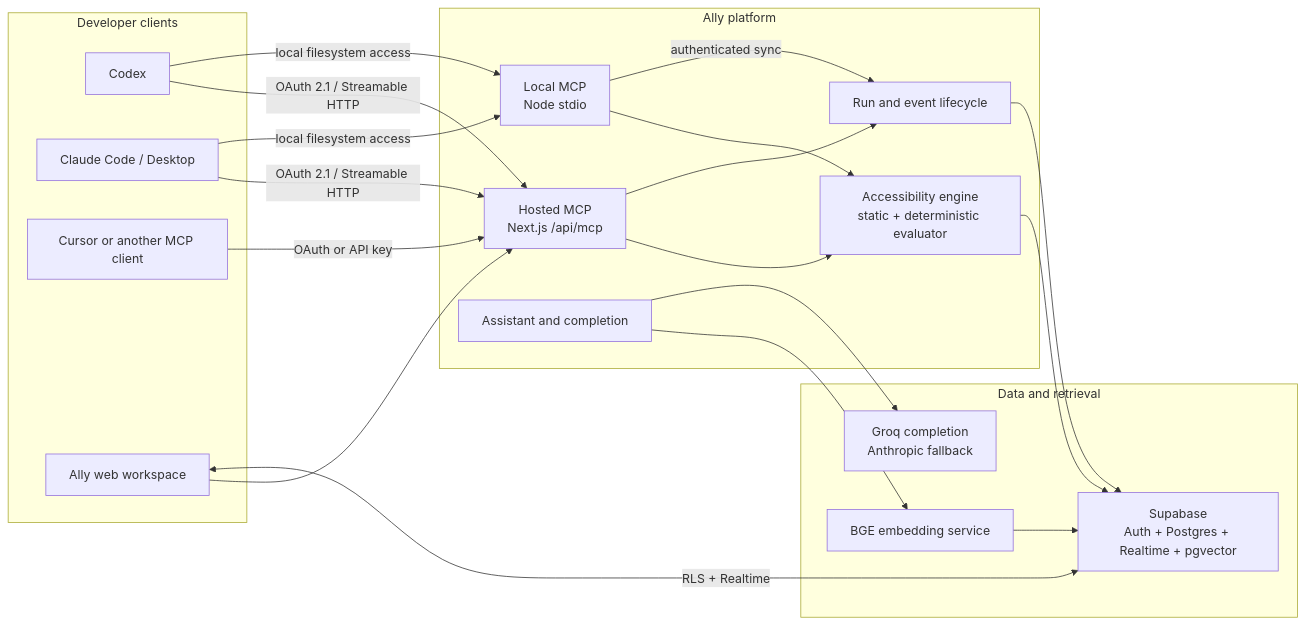
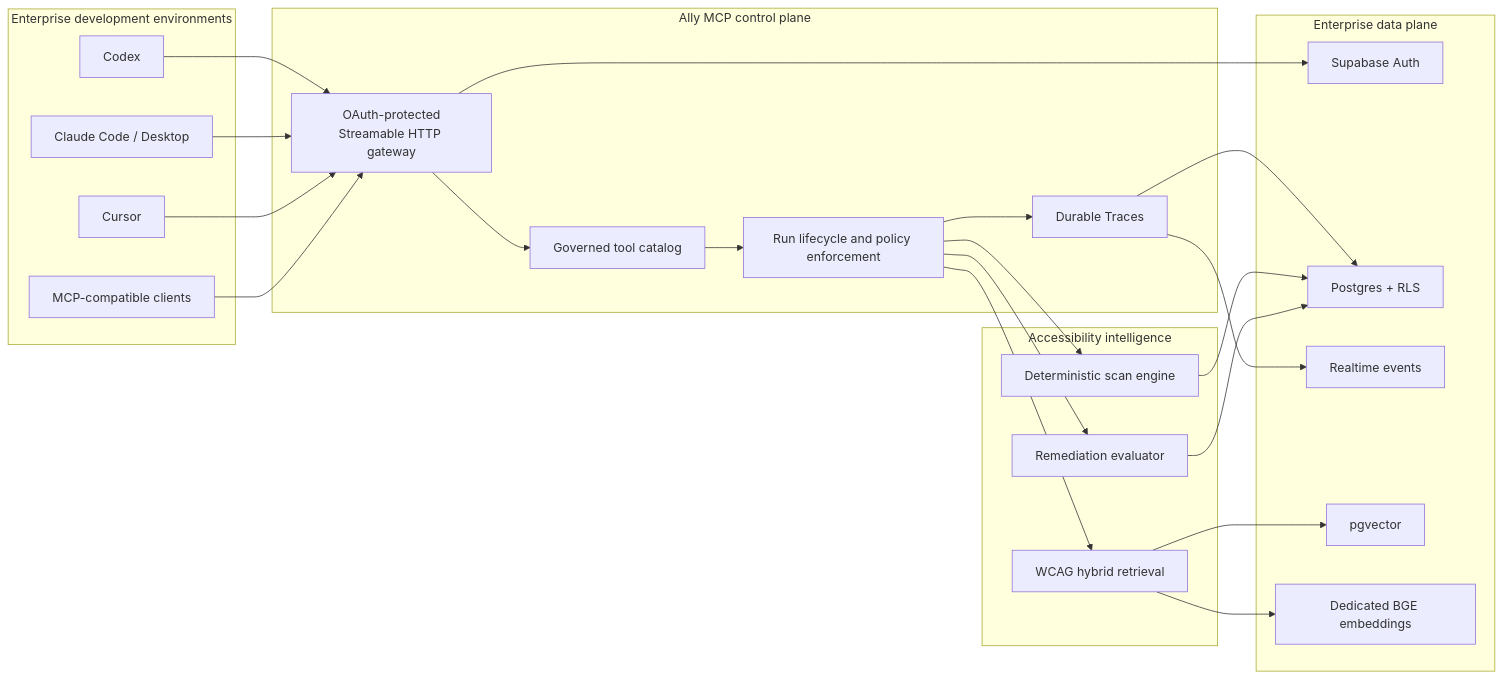
Before and after one commit to iaamar/ally: the first of 5 diagrams in README.md, drawn with Mermaid. The commit also changed other lines of this file, not shown here.

Commit message:
Position Ally MCP as an enterprise service

````diff
--- a/README.md
+++ b/README.md
@@ -32,41 +31,50 @@
 ```mermaid
 flowchart LR
-    subgraph Clients["Developer clients"]
-        COD["Codex"]
+    subgraph Clients["Enterprise development environments"]
+        CODEX["Codex"]
         CLAUDE["Claude Code / Desktop"]
-        CURSOR["Cursor or another MCP client"]
-        WEB["Ally web workspace"]
+        CURSOR["Cursor"]
+        OTHER["MCP-compatible clients"]
     end
 
-    subgraph Ally["Ally platform"]
-        HOSTED["Hosted MCP<br/>Next.js /api/mcp"]
-        LOCAL["Local MCP<br/>Node stdio"]
-        ENGINE["Accessibility engine<br/>static + deterministic evaluator"]
-        CHAT["Assistant and completion"]
-        TRACE["Run and event lifecycle"]
+    subgraph Control["Ally MCP control plane"]
+        GATEWAY["OAuth-protected<br/>Streamable HTTP gateway"]
+        CATALOG["Governed tool catalog"]
+        LIFECYCLE["Run lifecycle and policy enforcement"]
+        TRACE["Durable Traces"]
     end
 
-    subgraph Data["Data and retrieval"]
-        SUPA["Supabase<br/>Auth + Postgres + Realtime + pgvector"]
-        BGE["BGE embedding service"]
-        LLM["Groq completion<br/>Anthropic fallback"]
+    subgraph Intelligence["Accessibility intelligence"]
+        ENGINE["Deterministic scan engine"]
+        SEARCH["WCAG hybrid retrieval"]
+        EVAL["Remediation evaluator"]
     end
 
-    COD -->|OAuth 2.1 / Streamable HTTP| HOSTED
-    CLAUDE -->|OAuth 2.1 / Streamable HTTP| HOSTED
-    CURSOR -->|OAuth or API key| HOSTED
-    COD -->|local filesystem access| LOCAL
-    CLAUDE -->|local filesystem access| LOCAL
-    WEB --> HOSTED
+    subgraph Platform["Enterprise data plane"]
+        AUTH["Supabase Auth"]
+        DATA["Postgres + RLS"]
+        REALTIME["Realtime events"]
+        VECTOR["pgvector"]
+        BGE["Dedicated BGE embeddings"]
+    end
 
-    HOSTED --> ENGINE
-    LOCAL --> ENGINE
-    HOSTED --> TRACE
-    LOCAL -->|authenticated sync| TRACE
-    TRACE --> SUPA
-    ENGINE --> SUPA
-    CHAT --> BGE
-    BGE --> SUPA
-    CHAT --> LLM
-    WEB <-->|RLS + Realtime| SUPA
+    CODEX --> GATEWAY
+    CLAUDE --> GATEWAY
+    CURSOR --> GATEWAY
+    OTHER --> GATEWAY
+
+    GATEWAY --> AUTH
+    GATEWAY --> CATALOG
+    CATALOG --> LIFECYCLE
+    LIFECYCLE --> ENGINE
+    LIFECYCLE --> SEARCH
+    LIFECYCLE --> EVAL
+    LIFECYCLE --> TRACE
+
+    TRACE --> DATA
+    TRACE --> REALTIME
+    SEARCH --> VECTOR
+    SEARCH --> BGE
+    ENGINE --> DATA
+    EVAL --> DATA
 ```
````
